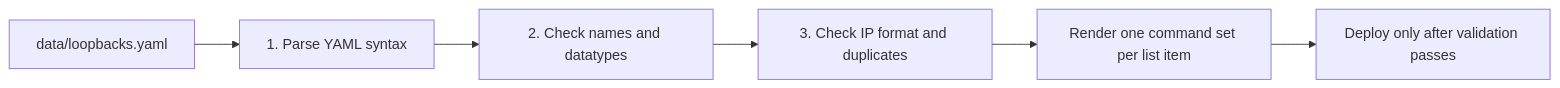
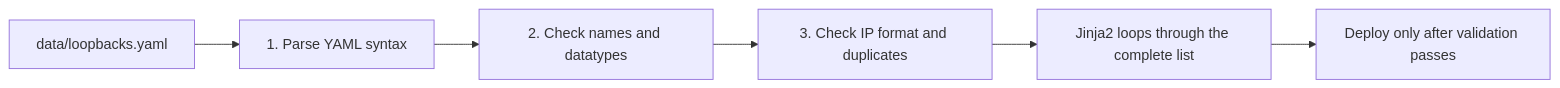
The second of 3 diagrams in LAB/Lab2/Lab2.md (tanthanh85/CCNPAUTO), drawn with Mermaid before and after one commit. The commit also changed other lines of this file and 10 other files, not shown here.

````diff
--- a/LAB/Lab2/Lab2.md
+++ b/LAB/Lab2/Lab2.md
@@ -425,8 +425,8 @@
 ```mermaid
 flowchart LR
     File["data/loopbacks.yaml"] --> YAML["1. Parse YAML syntax"]
     YAML --> Fields["2. Check names and datatypes"]
     Fields --> Semantic["3. Check IP format and duplicates"]
-    Semantic --> Render["Render one command set per list item"]
+    Semantic --> Render["Jinja2 loops through the complete list"]
     Render --> Deploy["Deploy only after validation passes"]
 ```
````
